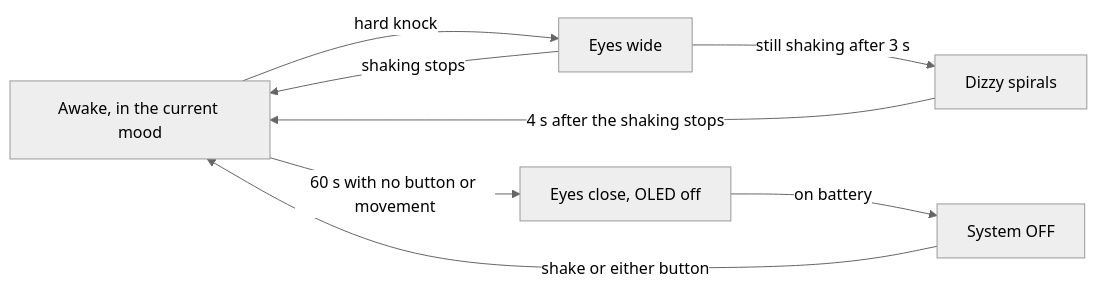
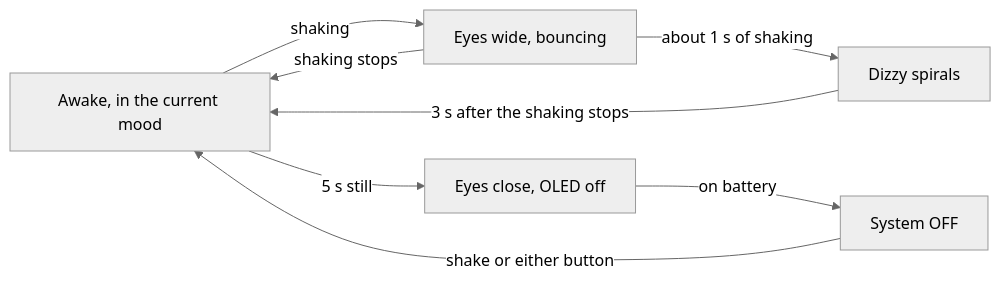
The fifth of 5 diagrams in README.md (hronkrobotics/solareyes), drawn with Mermaid (neutral theme) before and after one commit. The commit also changed other lines of this file and 5 other files, not shown here.

Commit message:
Eyes look away from a tilt, get dizzy after about a second of shaking, and sleep after five seconds. The buttons sit on D0 and D1 with their common on D6, which the sketch holds low.

````diff
--- a/README.md
+++ b/README.md
@@ -258,10 +261,10 @@
 ```mermaid
 flowchart LR
-    A["Awake, in the current mood"] -->|"hard knock"| W["Eyes wide"]
-    W -->|"still shaking after 3 s"| D["Dizzy spirals"]
+    A["Awake, in the current mood"] -->|"shaking"| W["Eyes wide, bouncing"]
+    W -->|"about 1 s of shaking"| D["Dizzy spirals"]
     W -->|"shaking stops"| A
-    D -->|"4 s after the shaking stops"| A
-    A -->|"60 s with no button or movement"| Z["Eyes close, OLED off"]
+    D -->|"3 s after the shaking stops"| A
+    A -->|"5 s still"| Z["Eyes close, OLED off"]
     Z -->|"on battery"| S["System OFF"]
     S -->|"shake or either button"| A
 ```
````
